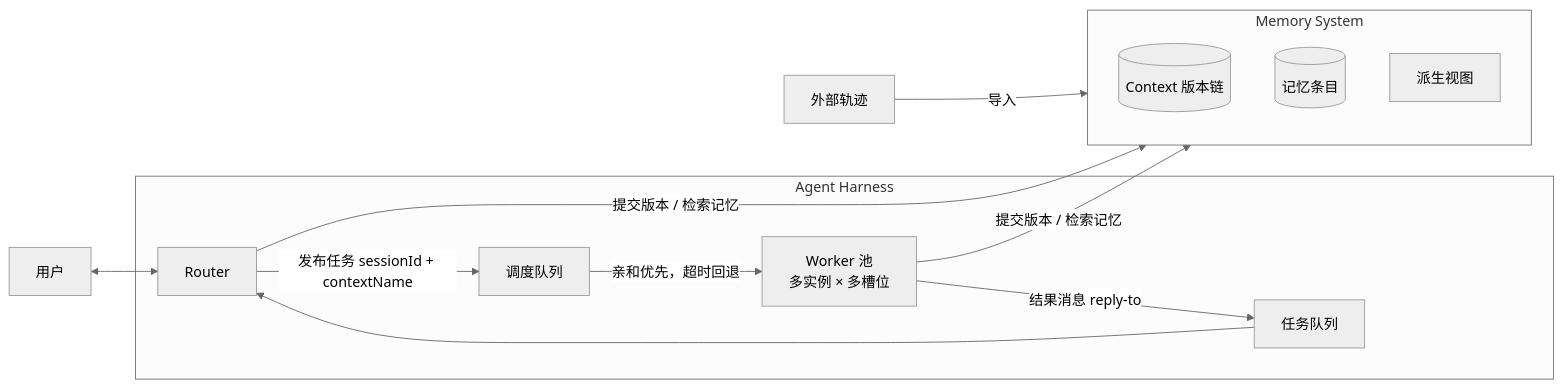
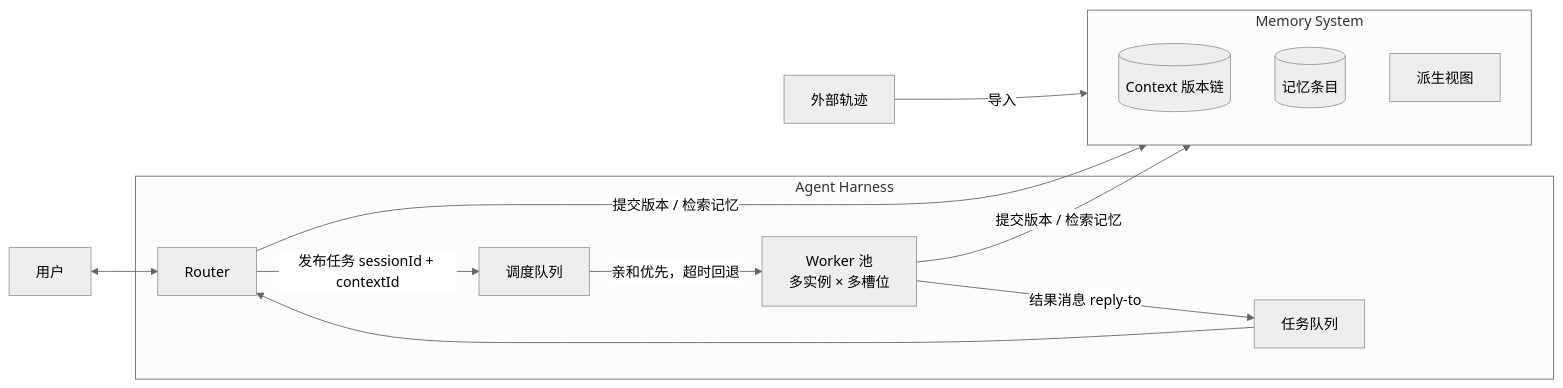
The diagram in docs/concepts.md (langsfang/ga), drawn with Mermaid (neutral theme) before and after one commit. The commit also changed other lines of this file and 5 other files, not shown here.

````diff
--- a/docs/concepts.md
+++ b/docs/concepts.md
@@ -30,17 +30,17 @@
 ```mermaid
 flowchart LR
     U[用户] <--> R[Router]
     subgraph H[Agent Harness]
-        R -->|发布任务 sessionId + contextName| DQ[调度队列]
+        R -->|发布任务 sessionId + contextId| DQ[调度队列]
         DQ -->|亲和优先，超时回退| W[Worker 池<br/>多实例 × 多槽位]
         W -->|结果消息 reply-to| TQ[任务队列]
         TQ --> R
     end
     subgraph M[Memory System]
         C[(Context 版本链)]
         K[(记忆条目)]
         V[派生视图]
     end
     R & W -->|提交版本 / 检索记忆| M
     X[外部轨迹] -->|导入| M
 ```
````
